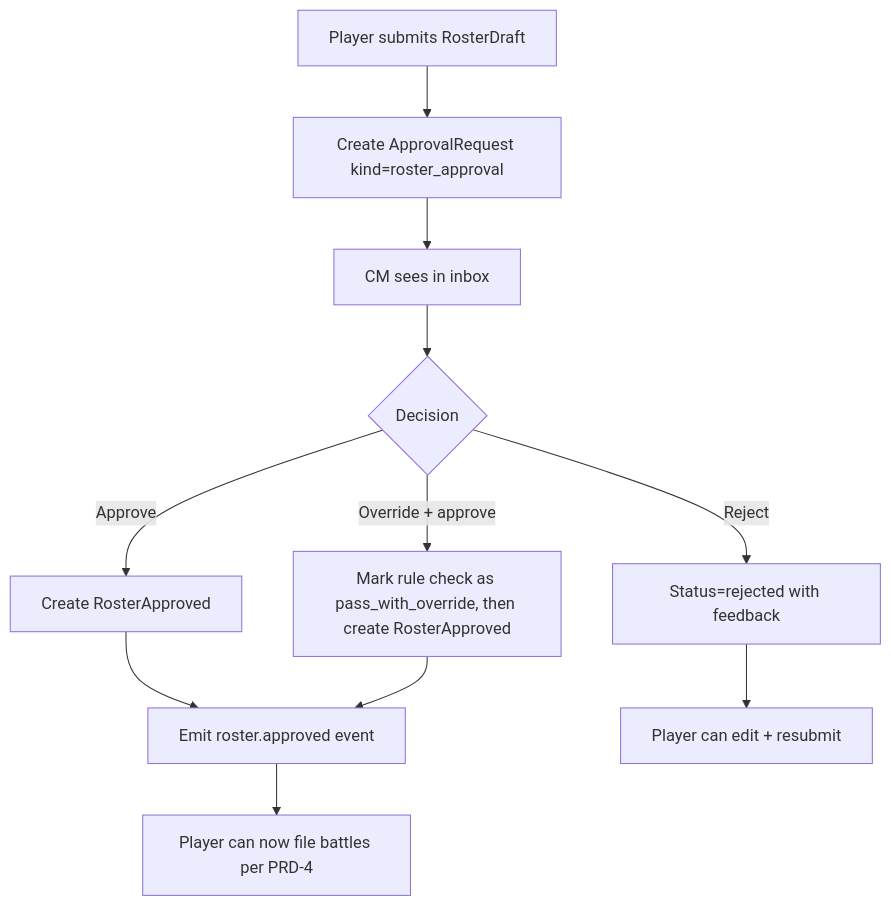
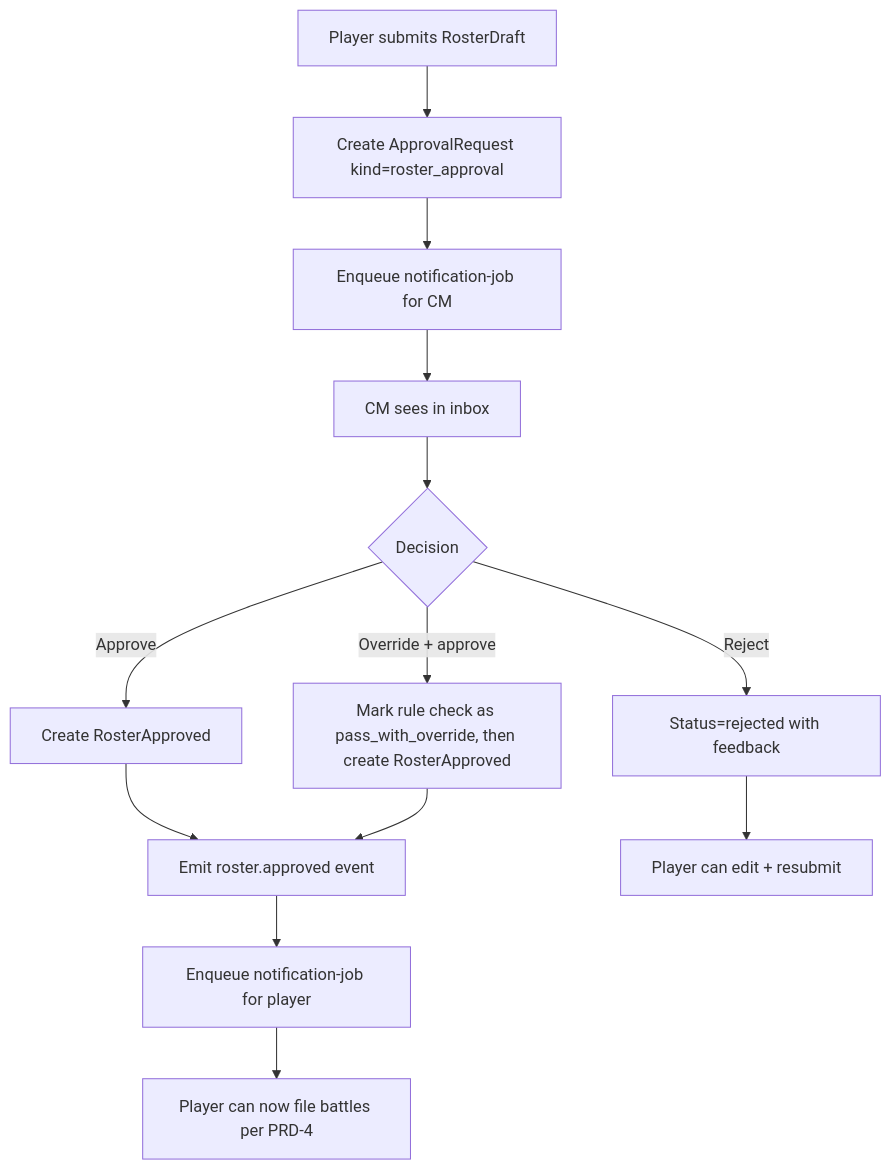
Before and after one commit to kaykayyali/crusade-master-prds: the diagram in prd-5-approval-system.md, drawn with Mermaid. The commit also changed other lines of this file and 12 other files, not shown here.

````diff
--- a/prd-5-approval-system.md
+++ b/prd-5-approval-system.md
@@ -204,13 +203,15 @@
 ```mermaid
 flowchart TD
     A[Player submits RosterDraft] --> B[Create ApprovalRequest kind=roster_approval]
-    B --> C[CM sees in inbox]
-    C --> D{Decision}
-    D -->|Approve| E[Create RosterApproved]
-    D -->|Reject| F[Status=rejected with feedback]
-    D -->|Override + approve| G[Mark rule check as pass_with_override, then create RosterApproved]
-    E --> H[Emit roster.approved event]
-    F --> I[Player can edit + resubmit]
-    G --> H
-    H --> J[Player can now file battles per PRD-4]
+    B --> C[Enqueue notification-job for CM]
+    C --> D[CM sees in inbox]
+    D --> E{Decision}
+    E -->|Approve| F[Create RosterApproved]
+    E -->|Reject| G[Status=rejected with feedback]
+    E -->|Override + approve| H[Mark rule check as pass_with_override, then create RosterApproved]
+    F --> I[Emit roster.approved event]
+    G --> J[Player can edit + resubmit]
+    H --> I
+    I --> K[Enqueue notification-job for player]
+    K --> L[Player can now file battles per PRD-4]
 ```
````
